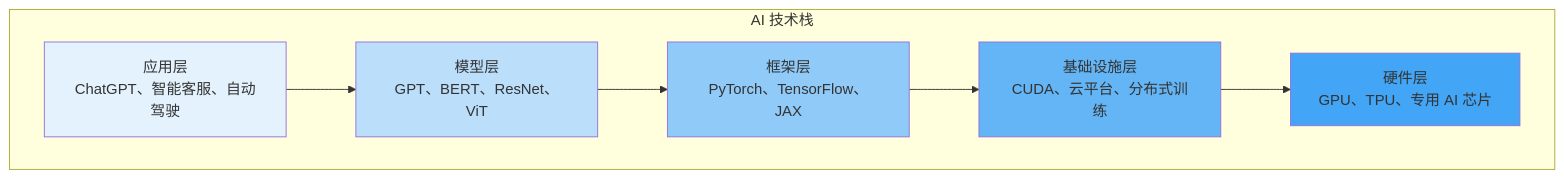
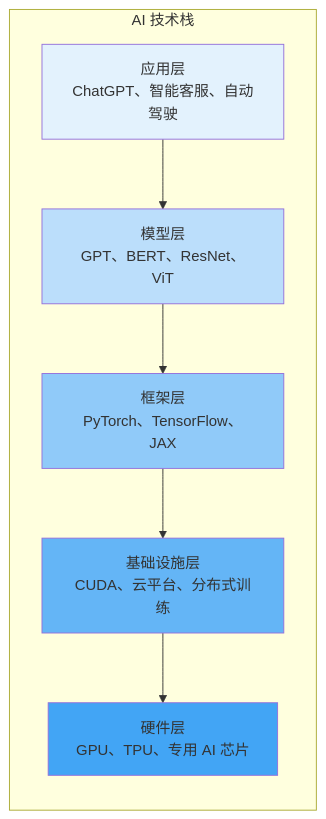
One commit to yeasy/ai_beginner_guide changed the diagram in 03_ai_ecosystem/3.1_tech_stack.md. Above: the diagram before and after it, drawn with Mermaid. The commit also changed other lines of this file and 3 other files, not shown here.

````diff
--- a/03_ai_ecosystem/3.1_tech_stack.md
+++ b/03_ai_ecosystem/3.1_tech_stack.md
@@ -11,21 +11,22 @@
 ```mermaid
-graph TB
+graph TD
     subgraph STACK["AI 技术栈"]
+        direction TB
         APP["应用层<br/>ChatGPT、智能客服、自动驾驶"]
         MODEL["模型层<br/>GPT、BERT、ResNet、ViT"]
         FRAME["框架层<br/>PyTorch、TensorFlow、JAX"]
         INFRA["基础设施层<br/>CUDA、云平台、分布式训练"]
         HW["硬件层<br/>GPU、TPU、专用 AI 芯片"]
     end
     
     APP --> MODEL
     MODEL --> FRAME
     FRAME --> INFRA
     INFRA --> HW
     
     style APP fill:#E3F2FD
     style MODEL fill:#BBDEFB
     style FRAME fill:#90CAF9
     style INFRA fill:#64B5F6
     style HW fill:#42A5F5
 ```
````
